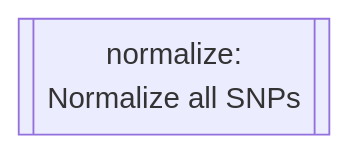
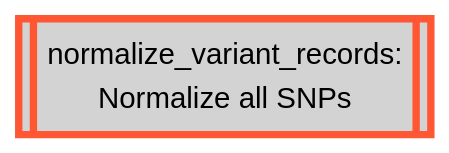
Before and after one commit to Tuks-ICMM/Pharmacogenetic-Analysis-Pipeline: the third of 22 diagrams in docs/02-workflow/02-methodology-summary.md, drawn with Mermaid. The commit also changed other lines of this file, not shown here.

````diff
--- a/docs/02-workflow/02-methodology-summary.md
+++ b/docs/02-workflow/02-methodology-summary.md
@@ -257,4 +261,7 @@
   ```mermaid
   flowchart TD
-    normalize[[normalize:\nNormalize all SNPs]]
+    normalize_variant_records[[normalize_variant_records:\nNormalize all SNPs]]
+
+    classDef bcftools stroke:#FF5733,fill:#D3D3D3,stroke-width:4px,color:black;
+    class normalize_variant_records bcftools;
   ```
````
